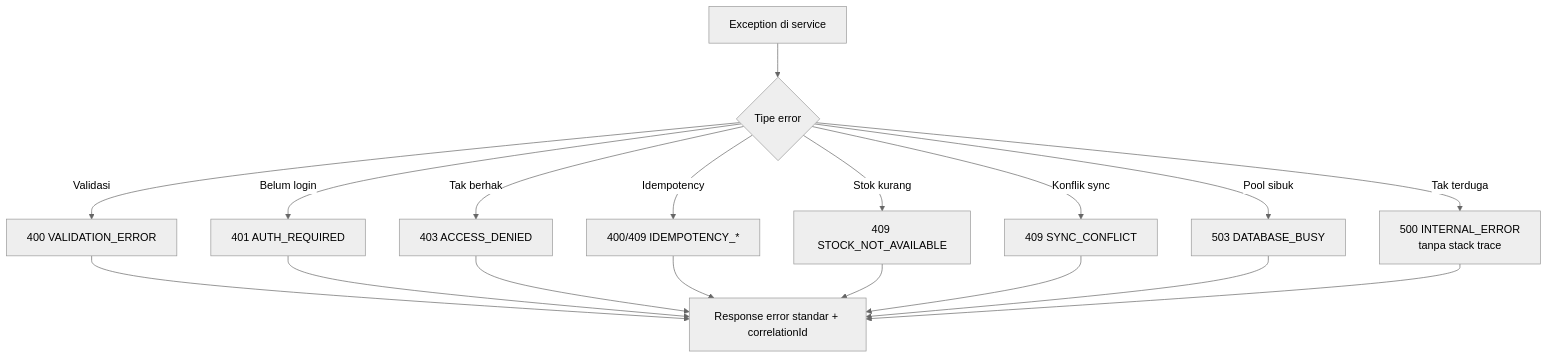
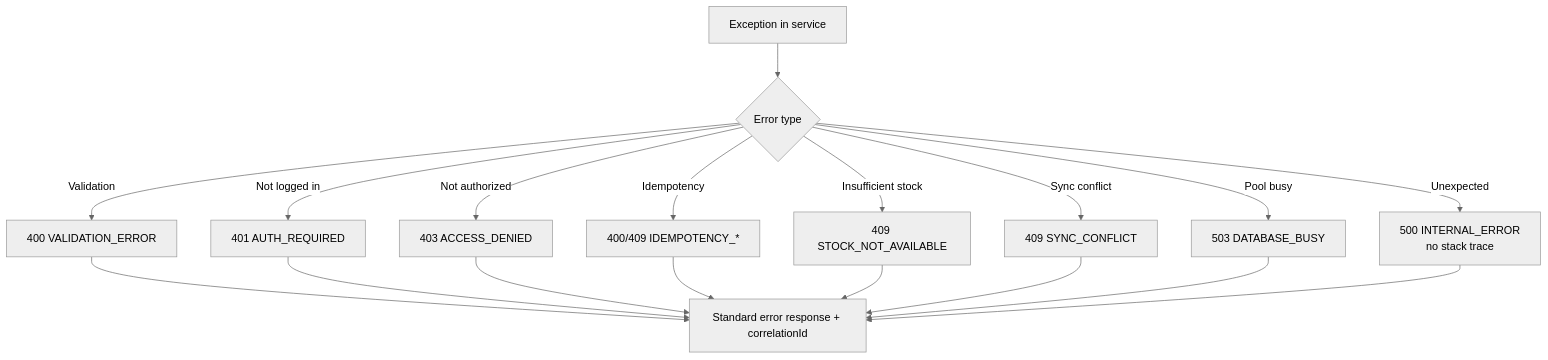
One commit to ahliweb/awcms changed the second of 2 diagrams in docs/awcms/03_srs_detail_per_modul.md. Above: the diagram before and after it, drawn with Mermaid (neutral theme). The commit also changed other lines of this file and 603 other files, not shown here.

````diff
--- a/docs/awcms/03_srs_detail_per_modul.md
+++ b/docs/awcms/03_srs_detail_per_modul.md
@@ -366,13 +368,13 @@
 ```mermaid
 flowchart TD
-  E[Exception di service] --> K{Tipe error}
-  K -->|Validasi| V[400 VALIDATION_ERROR]
-  K -->|Belum login| A1[401 AUTH_REQUIRED]
-  K -->|Tak berhak| A2[403 ACCESS_DENIED]
+  E[Exception in service] --> K{Error type}
+  K -->|Validation| V[400 VALIDATION_ERROR]
+  K -->|Not logged in| A1[401 AUTH_REQUIRED]
+  K -->|Not authorized| A2[403 ACCESS_DENIED]
   K -->|Idempotency| I[400/409 IDEMPOTENCY_*]
-  K -->|Stok kurang| ST[409 STOCK_NOT_AVAILABLE]
-  K -->|Konflik sync| SY[409 SYNC_CONFLICT]
-  K -->|Pool sibuk| D[503 DATABASE_BUSY]
-  K -->|Tak terduga| IN[500 INTERNAL_ERROR<br/>tanpa stack trace]
-  V & A1 & A2 & I & ST & SY & D & IN --> R[Response error standar + correlationId]
+  K -->|Insufficient stock| ST[409 STOCK_NOT_AVAILABLE]
+  K -->|Sync conflict| SY[409 SYNC_CONFLICT]
+  K -->|Pool busy| D[503 DATABASE_BUSY]
+  K -->|Unexpected| IN[500 INTERNAL_ERROR<br/>no stack trace]
+  V & A1 & A2 & I & ST & SY & D & IN --> R[Standard error response + correlationId]
 ```
````
